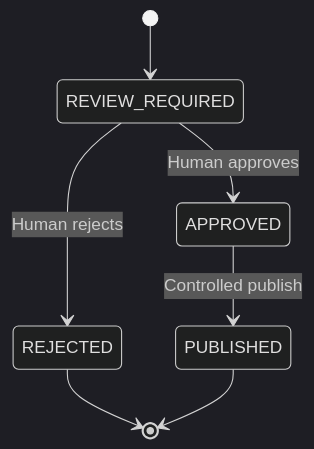
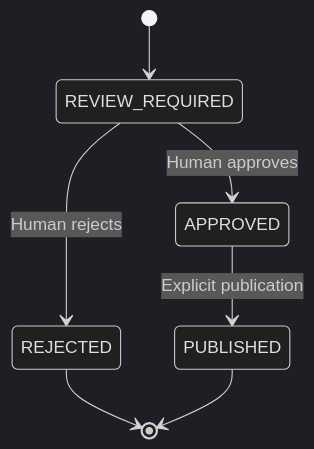
The second of 2 diagrams in docs/architecture.md (solidfdn/solifan-readinessops), drawn with Mermaid (dark theme) before and after one commit. The commit also changed other lines of this file and 16 other files, not shown here.

````diff
--- a/docs/architecture.md
+++ b/docs/architecture.md
@@ -68,9 +76,9 @@
 ```mermaid
 stateDiagram-v2
     [*] --> REVIEW_REQUIRED
     REVIEW_REQUIRED --> APPROVED: Human approves
     REVIEW_REQUIRED --> REJECTED: Human rejects
-    APPROVED --> PUBLISHED: Controlled publish
+    APPROVED --> PUBLISHED: Explicit publication
     REJECTED --> [*]
     PUBLISHED --> [*]
 ```
````
